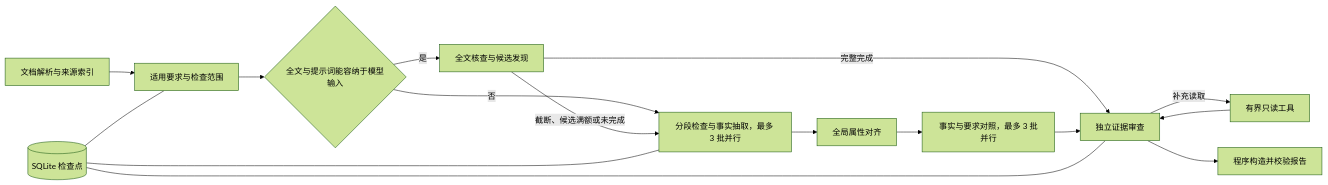
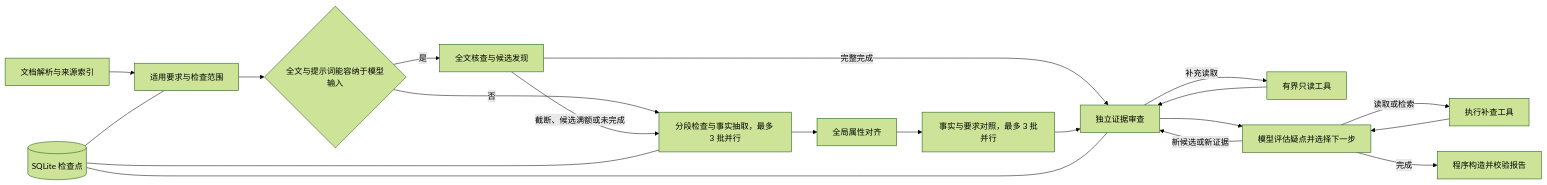
The diagram in docs/evidence-agent.md (VonSdite/Document-Check), drawn with Mermaid (forest theme) before and after one commit. The commit also changed other lines of this file and 19 other files, not shown here.

````diff
--- a/docs/evidence-agent.md
+++ b/docs/evidence-agent.md
@@ -7,18 +7,22 @@
 ```mermaid
 flowchart LR
     source[文档解析与来源索引] --> plan[适用要求与检查范围]
     plan --> capacity{全文与提示词能容纳于模型输入}
     capacity -->|是| full[全文核查与候选发现]
     capacity -->|否| discover[分段检查与事实抽取，最多 3 批并行]
     full -->|完整完成| review[独立证据审查]
     full -->|截断、候选满额或未完成| discover
     discover --> align[全局属性对齐]
     align --> compare[事实与要求对照，最多 3 批并行]
     compare --> review
     review -->|补充读取| tools[有界只读工具]
     tools --> review
-    review --> report[程序构造并校验报告]
+    review --> followup[模型评估疑点并选择下一步]
+    followup -->|读取或检索| investigate[执行补查工具]
+    investigate --> followup
+    followup -->|新候选或新证据| review
+    followup -->|完成| report[程序构造并校验报告]
     checkpoint[(SQLite 检查点)] --- plan
     checkpoint --- discover
     checkpoint --- review
 ```
````
